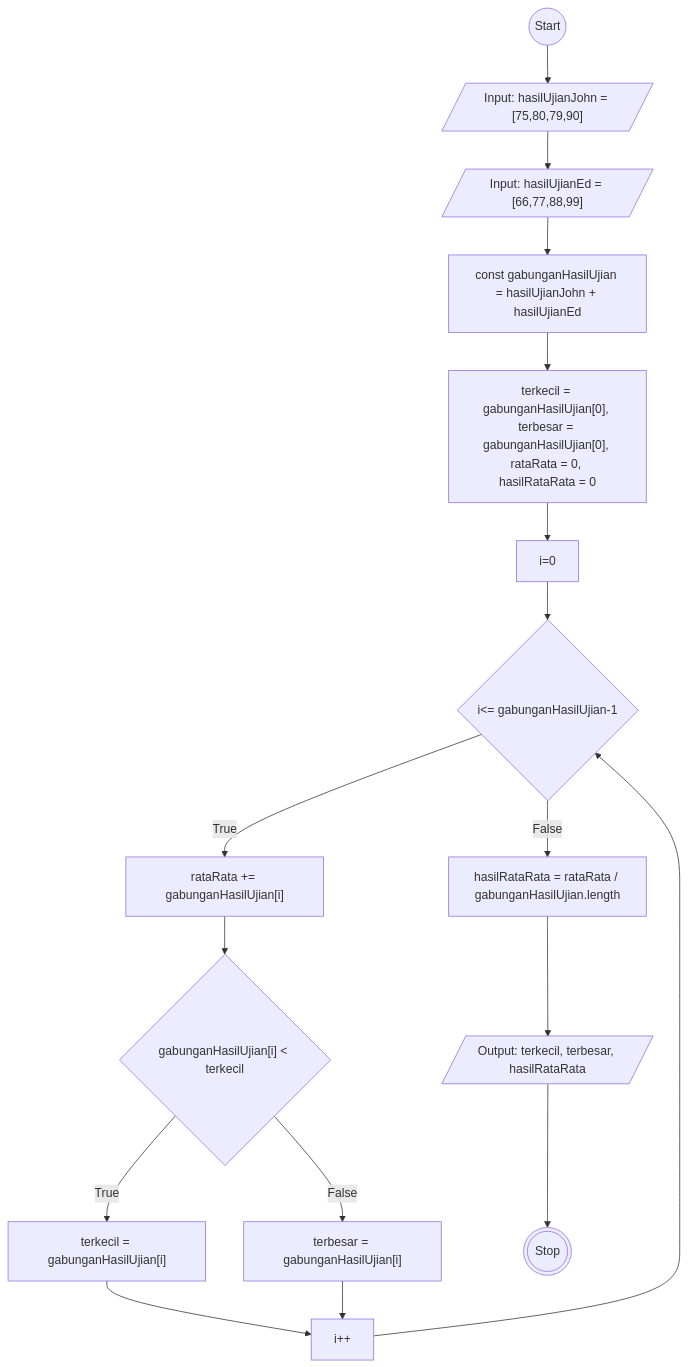
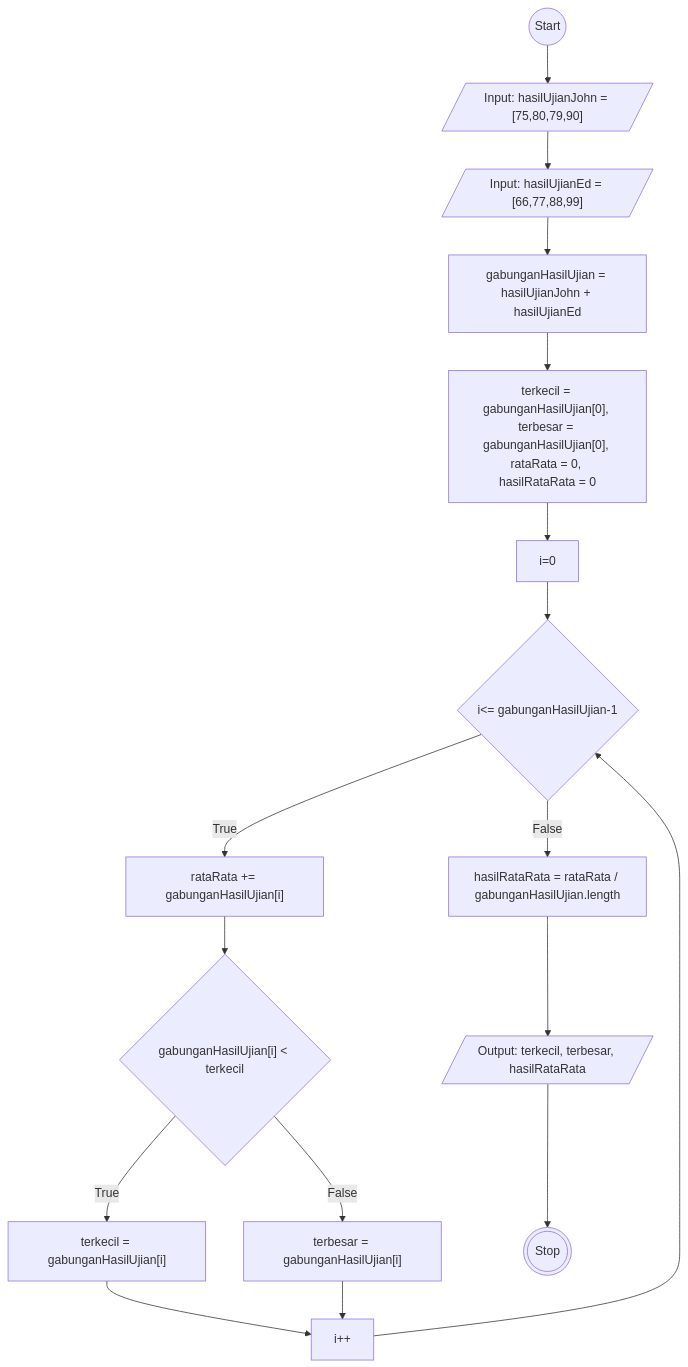
The diagram in task1.md (Vincentius31/koda-b6-javascript2), drawn with Mermaid before and after one commit.

````diff
--- a/task1.md
+++ b/task1.md
@@ -1,32 +1,32 @@
 ```mermaid
 flowchart TD
 idStart((Start))
 idInputArr1[/"Input: hasilUjianJohn = [75,80,79,90]"/]
 idInputArr2[/"Input: hasilUjianEd = [66,77,88,99]"/]
-idProcessArr["const gabunganHasilUjian = hasilUjianJohn + hasilUjianEd"]
+idProcessArr["gabunganHasilUjian = hasilUjianJohn + hasilUjianEd"]
 idInput["terkecil = gabunganHasilUjian[0], terbesar = gabunganHasilUjian[0], rataRata = 0, hasilRataRata = 0"]
 idFor[i=0]
 idLoop{i<= gabunganHasilUjian-1}
 idRata["rataRata += gabunganHasilUjian[i]"]
 idKondisi{"gabunganHasilUjian[i] < terkecil"}
 idRataRata["hasilRataRata = rataRata / gabunganHasilUjian.length"]
 idKondisiTrue["terkecil = gabunganHasilUjian[i]"]
 idKondisiFalse["terbesar = gabunganHasilUjian[i]"]
 idIPlus["i++"]
 idHasil[/Output: terkecil, terbesar, hasilRataRata/]
 idStop(((Stop)))
 
 idStart --> idInputArr1 --> idInputArr2 --> idProcessArr --> idInput --> idFor --> idLoop
 
 idLoop -- True --> idRata --> idKondisi
 idLoop -- False --> idRataRata
 
 idKondisi -- True --> idKondisiTrue --> idIPlus
 idKondisi -- False --> idKondisiFalse --> idIPlus
 
 idIPlus --> idLoop
 idRataRata --> idHasil --> idStop
 
 
 
 ```
````
